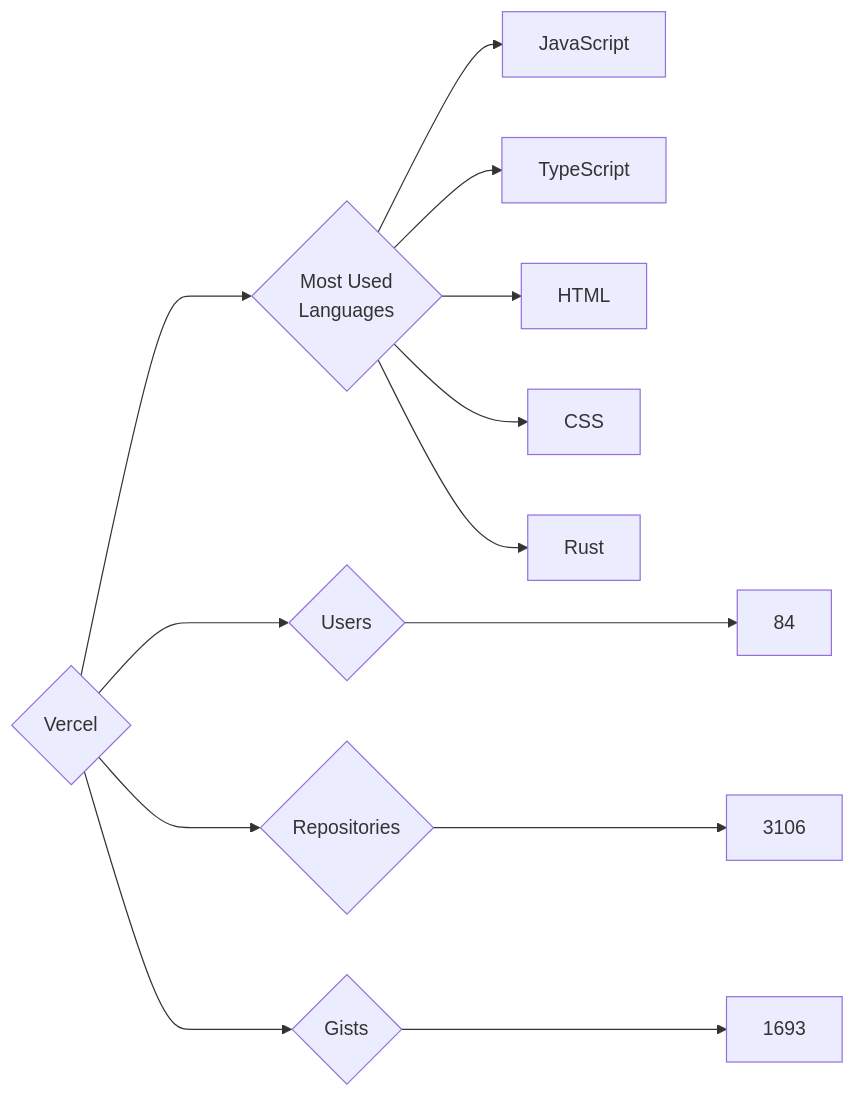
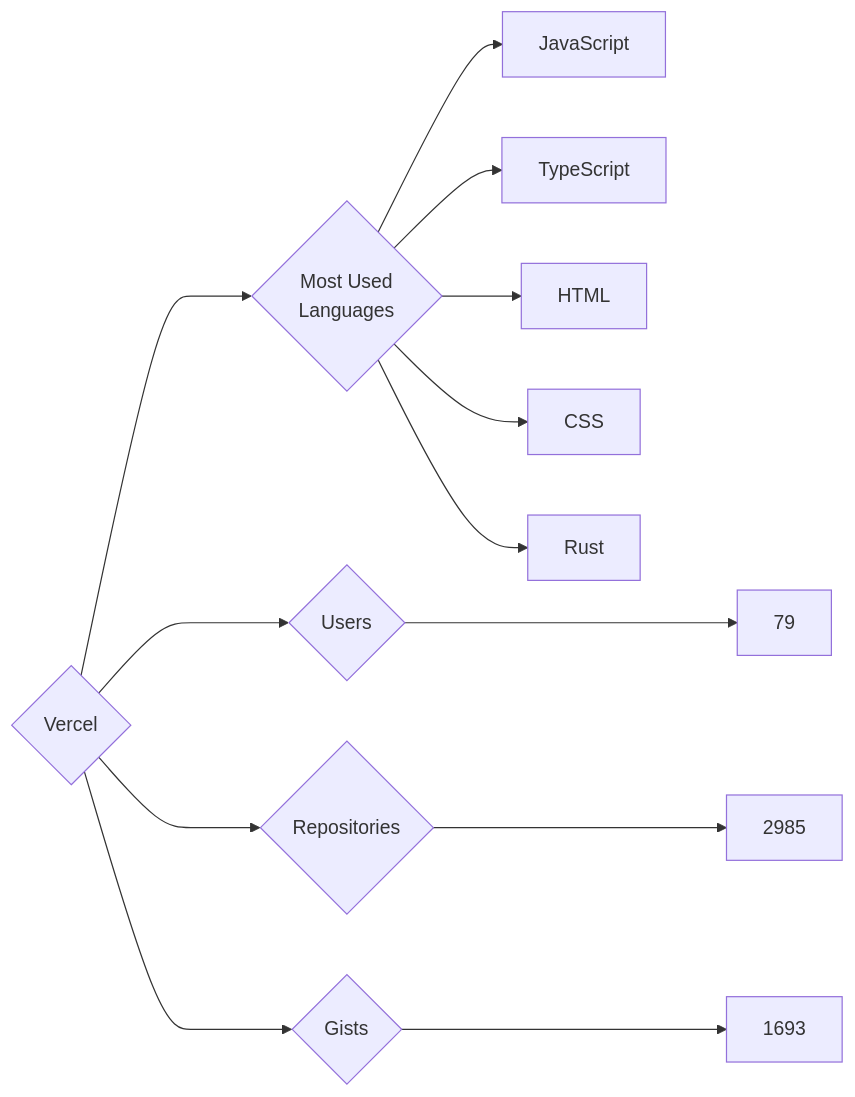
The diagram in targets/Vercel/README.md (trickest/insiders), drawn with Mermaid before and after one commit. The commit also changed 681 other files, not shown here.

````diff
--- a/targets/Vercel/README.md
+++ b/targets/Vercel/README.md
@@ -3,13 +3,13 @@
 ```mermaid
 graph LR
 COMPANY_NAME{Vercel}
-COMPANY_NAME ---> U{Users} ---> UN[84]
-COMPANY_NAME ---> R{Repositories} ---> RN[3106]
+COMPANY_NAME ---> U{Users} ---> UN[79]
+COMPANY_NAME ---> R{Repositories} ---> RN[2985]
 COMPANY_NAME ---> G{Gists} ---> GN[1693]
 COMPANY_NAME ---> ML{Most Used<br>Languages}
 ML --> JavaScript[JavaScript]
 ML --> TypeScript[TypeScript]
 ML --> HTML[HTML]
 ML --> CSS[CSS]
 ML --> Rust[Rust]
 ```
````
